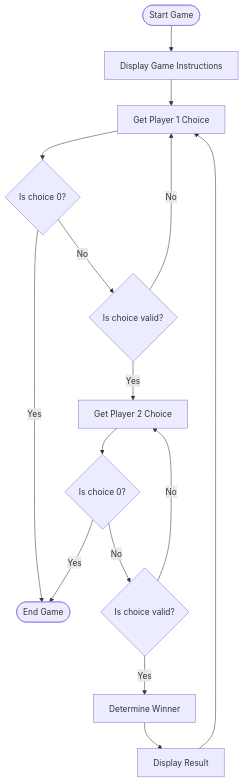
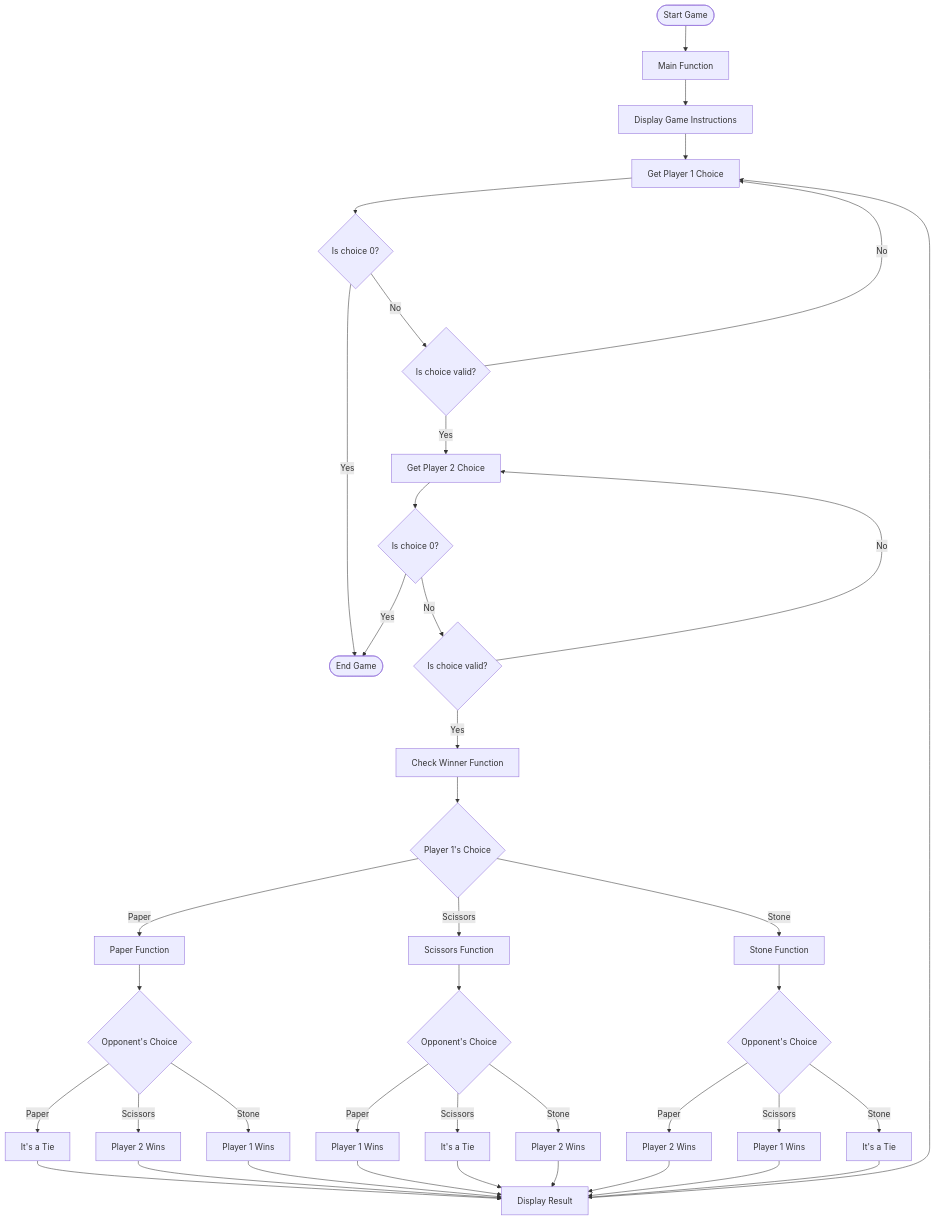
Before and after one commit to galenyip/arina-pss: the diagram in mermaid_flowchart.md, drawn with Mermaid. The commit also changed 2 other files, not shown here.

Commit message:
Update documentation to reflect refactored code structure

````diff
--- a/mermaid_flowchart.md
+++ b/mermaid_flowchart.md
@@ -3,17 +3,48 @@
 ```mermaid
 flowchart TD
-    Start([Start Game]) --> DisplayInstructions[Display Game Instructions]
+    Start([Start Game]) --> Main[Main Function]
+    Main --> DisplayInstructions[Display Game Instructions]
     DisplayInstructions --> InputP1[Get Player 1 Choice]
     InputP1 --> CheckZeroP1{Is choice 0?}
     CheckZeroP1 -->|Yes| End([End Game])
     CheckZeroP1 -->|No| ValidateP1{Is choice valid?}
     ValidateP1 -->|No| InputP1
     ValidateP1 -->|Yes| InputP2[Get Player 2 Choice]
     InputP2 --> CheckZeroP2{Is choice 0?}
     CheckZeroP2 -->|Yes| End
     CheckZeroP2 -->|No| ValidateP2{Is choice valid?}
     ValidateP2 -->|No| InputP2
-    ValidateP2 -->|Yes| DetermineWinner[Determine Winner]
-    DetermineWinner --> DisplayResult[Display Result]
-    DisplayResult --> InputP1
+    ValidateP2 -->|Yes| CheckWinner[Check Winner Function]
+    
+    CheckWinner --> Choice{Player 1's Choice}
+    Choice -->|Paper| PaperFunc[Paper Function]
+    Choice -->|Scissors| ScissorsFunc[Scissors Function]
+    Choice -->|Stone| StoneFunc[Stone Function]
+    
+    PaperFunc --> PaperChoice{Opponent's Choice}
+    PaperChoice -->|Paper| PaperTie[It's a Tie]
+    PaperChoice -->|Scissors| PaperLose[Player 2 Wins]
+    PaperChoice -->|Stone| PaperWin[Player 1 Wins]
+    
+    ScissorsFunc --> ScissorsChoice{Opponent's Choice}
+    ScissorsChoice -->|Paper| ScissorsWin[Player 1 Wins]
+    ScissorsChoice -->|Scissors| ScissorsTie[It's a Tie]
+    ScissorsChoice -->|Stone| ScissorsLose[Player 2 Wins]
+    
+    StoneFunc --> StoneChoice{Opponent's Choice}
+    StoneChoice -->|Paper| StoneLose[Player 2 Wins]
+    StoneChoice -->|Scissors| StoneWin[Player 1 Wins]
+    StoneChoice -->|Stone| StoneTie[It's a Tie]
+    
+    PaperTie --> DisplayResult
+    PaperLose --> DisplayResult
+    PaperWin --> DisplayResult
+    ScissorsWin --> DisplayResult
+    ScissorsTie --> DisplayResult
+    ScissorsLose --> DisplayResult
+    StoneLose --> DisplayResult
+    StoneWin --> DisplayResult
+    StoneTie --> DisplayResult
+    
+    DisplayResult[Display Result] --> InputP1
 ```
````
